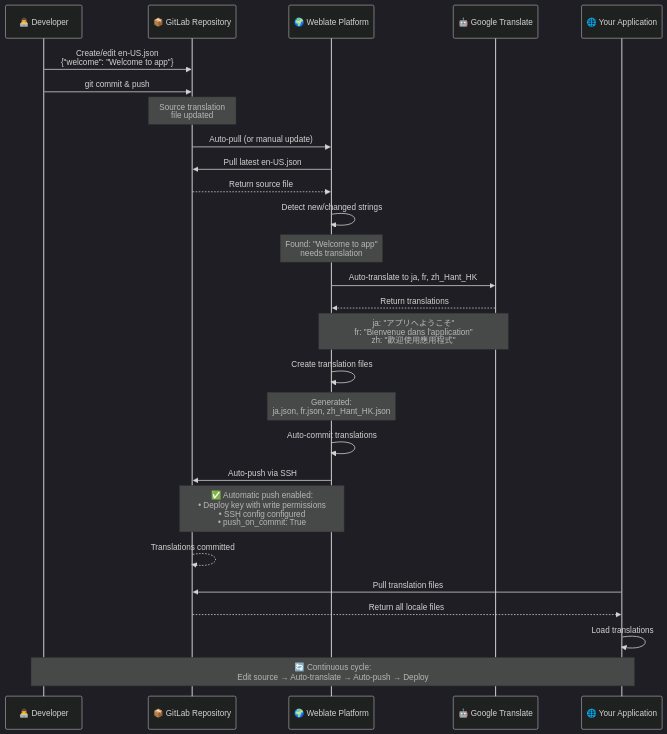
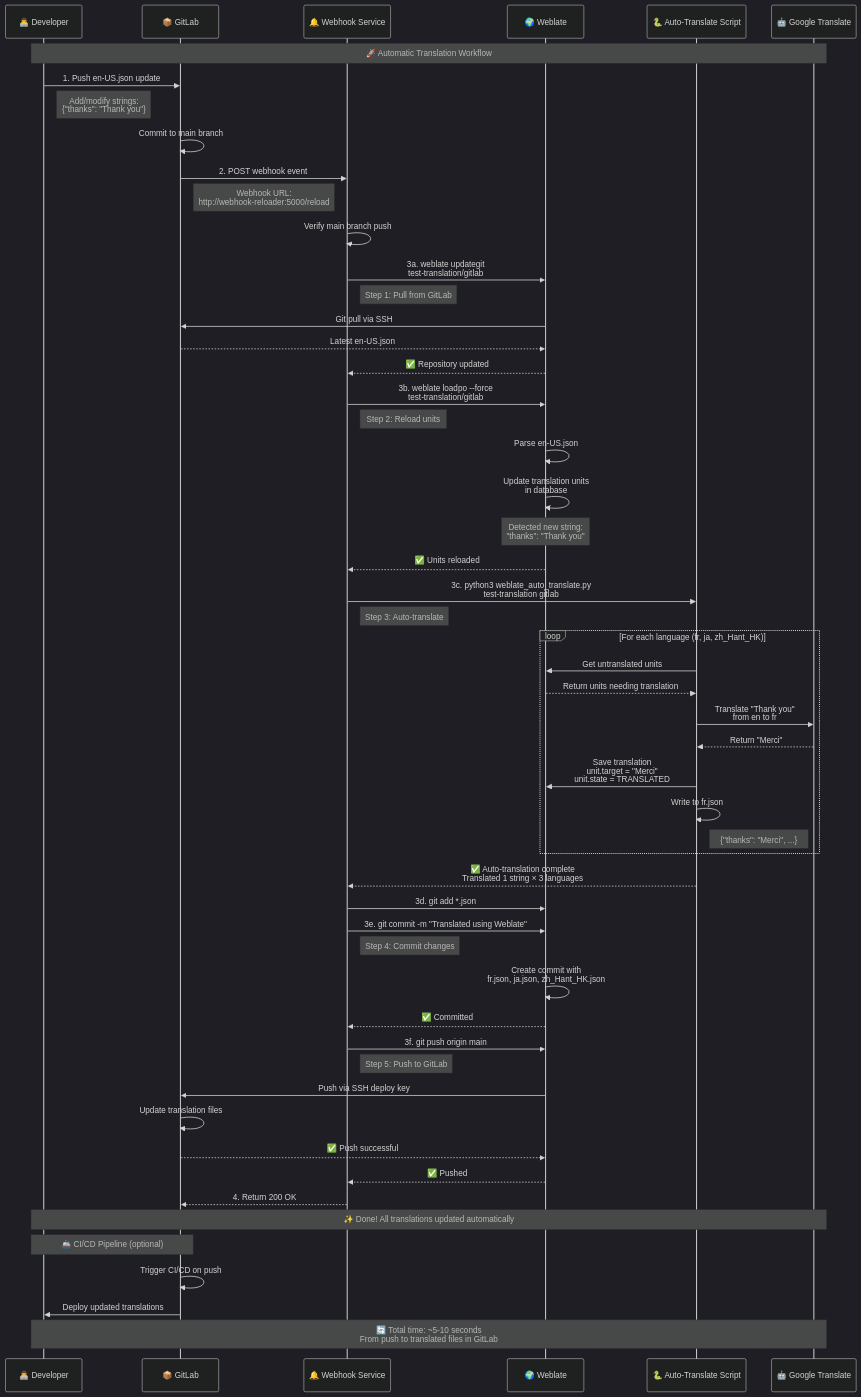
Before and after one commit to jadecubes/free-translation-platform-buildup: the first of 3 diagrams in README.md, drawn with Mermaid (dark theme). The commit also changed other lines of this file and 7 other files, not shown here.

````diff
--- a/README.md
+++ b/README.md
@@ -74,38 +304,80 @@
 ```mermaid
 sequenceDiagram
     participant Dev as 👨‍💻 Developer
-    participant GitLab as 📦 GitLab Repository
-    participant Weblate as 🌍 Weblate Platform
+    participant GitLab as 📦 GitLab
+    participant Webhook as 🔔 Webhook Service
+    participant Weblate as 🌍 Weblate
+    participant Script as 🐍 Auto-Translate Script
     participant Google as 🤖 Google Translate
-    participant App as 🌐 Your Application
 
-    Dev->>GitLab: Create/edit en-US.json<br/>{"welcome": "Welcome to app"}
-    Dev->>GitLab: git commit & push
-    Note over GitLab: Source translation<br/>file updated
+    Note over Dev,Google: 🚀 Automatic Translation Workflow
 
-    GitLab->>Weblate: Auto-pull (or manual update)
-    Weblate->>GitLab: Pull latest en-US.json
-    GitLab-->>Weblate: Return source file
+    %% Step 1: Developer pushes source changes
+    Dev->>GitLab: 1. Push en-US.json update
+    Note right of Dev: Add/modify strings:<br/>{"thanks": "Thank you"}
+    GitLab->>GitLab: Commit to main branch
 
-    Weblate->>Weblate: Detect new/changed strings
-    Note over Weblate: Found: "Welcome to app"<br/>needs translation
+    %% Step 2: GitLab webhook triggers
+    GitLab->>Webhook: 2. POST webhook event
+    Note right of GitLab: Webhook URL:<br/>http://webhook-reloader:5000/reload
+    Webhook->>Webhook: Verify main branch push
 
-    Weblate->>Google: Auto-translate to ja, fr, zh_Hant_HK
-    Google-->>Weblate: Return translations
-    Note over Google,Weblate: ja: "アプリへようこそ"<br/>fr: "Bienvenue dans l'application"<br/>zh: "歡迎使用應用程式"
+    %% Step 3: Update repository from GitLab
+    Webhook->>Weblate: 3a. weblate updategit<br/>test-translation/gitlab
+    Note right of Webhook: Step 1: Pull from GitLab
+    Weblate->>GitLab: Git pull via SSH
+    GitLab-->>Weblate: Latest en-US.json
+    Weblate-->>Webhook: ✅ Repository updated
 
-    Weblate->>Weblate: Create translation files
-    Note over Weblate: Generated:<br/>ja.json, fr.json, zh_Hant_HK.json
+    %% Step 4: Reload translation units
+    Webhook->>Weblate: 3b. weblate loadpo --force<br/>test-translation/gitlab
+    Note right of Webhook: Step 2: Reload units
+    Weblate->>Weblate: Parse en-US.json
+    Weblate->>Weblate: Update translation units<br/>in database
+    Note over Weblate: Detected new string:<br/>"thanks": "Thank you"
+    Weblate-->>Webhook: ✅ Units reloaded
 
-    Weblate->>Weblate: Auto-commit translations
-    Weblate->>GitLab: Auto-push via SSH
-    Note over Weblate,GitLab: ✅ Automatic push enabled:<br/>• Deploy key with write permissions<br/>• SSH config configured<br/>• push_on_commit: True
+    %% Step 5: Auto-translate
+    Webhook->>Script: 3c. python3 weblate_auto_translate.py<br/>test-translation gitlab
+    Note right of Webhook: Step 3: Auto-translate
 
-    GitLab-->>GitLab: Translations committed
+    loop For each language (fr, ja, zh_Hant_HK)
+        Script->>Weblate: Get untranslated units
+        Weblate-->>Script: Return units needing translation
 
-    App->>GitLab: Pull translation files
-    GitLab-->>App: Return all locale files
-    App->>App: Load translations
+        Script->>Google: Translate "Thank you"<br/>from en to fr
+        Google-->>Script: Return "Merci"
 
-    Note over Dev,App: 🔄 Continuous cycle:<br/>Edit source → Auto-translate → Auto-push → Deploy
+        Script->>Weblate: Save translation<br/>unit.target = "Merci"<br/>unit.state = TRANSLATED
+
+        Script->>Script: Write to fr.json
+        Note right of Script: {"thanks": "Merci", ...}
+    end
+
+    Script-->>Webhook: ✅ Auto-translation complete<br/>Translated 1 string × 3 languages
+
+    %% Step 6: Commit translations
+    Webhook->>Weblate: 3d. git add *.json
+    Webhook->>Weblate: 3e. git commit -m "Translated using Weblate"
+    Note right of Webhook: Step 4: Commit changes
+    Weblate->>Weblate: Create commit with<br/>fr.json, ja.json, zh_Hant_HK.json
+    Weblate-->>Webhook: ✅ Committed
+
+    %% Step 7: Push to GitLab
+    Webhook->>Weblate: 3f. git push origin main
+    Note right of Webhook: Step 5: Push to GitLab
+    Weblate->>GitLab: Push via SSH deploy key
+    GitLab->>GitLab: Update translation files
+    GitLab-->>Weblate: ✅ Push successful
+    Weblate-->>Webhook: ✅ Pushed
+
+    Webhook-->>GitLab: 4. Return 200 OK
+    Note over Dev,Google: ✨ Done! All translations updated automatically
+
+    %% Application deployment
+    Note over Dev,GitLab: 🚢 CI/CD Pipeline (optional)
+    GitLab->>GitLab: Trigger CI/CD on push
+    GitLab->>Dev: Deploy updated translations
+
+    Note over Dev,Google: 🔄 Total time: ~5-10 seconds<br/>From push to translated files in GitLab
 ```
````
